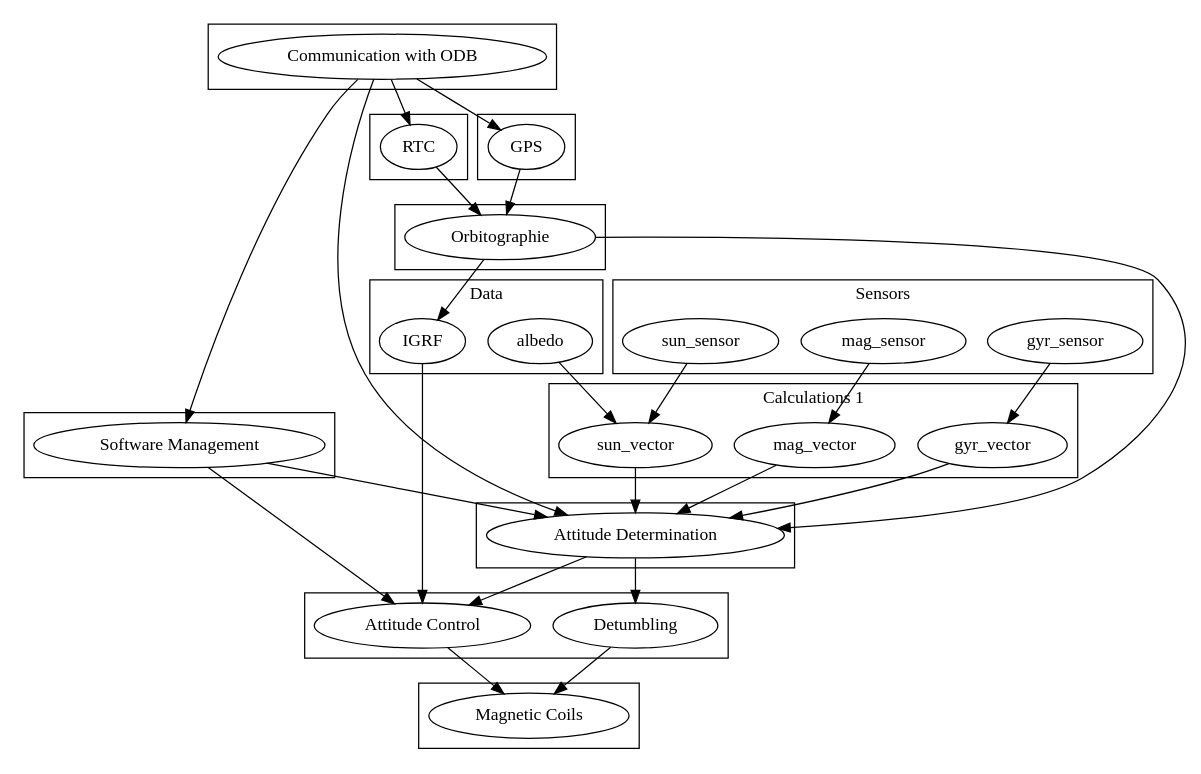
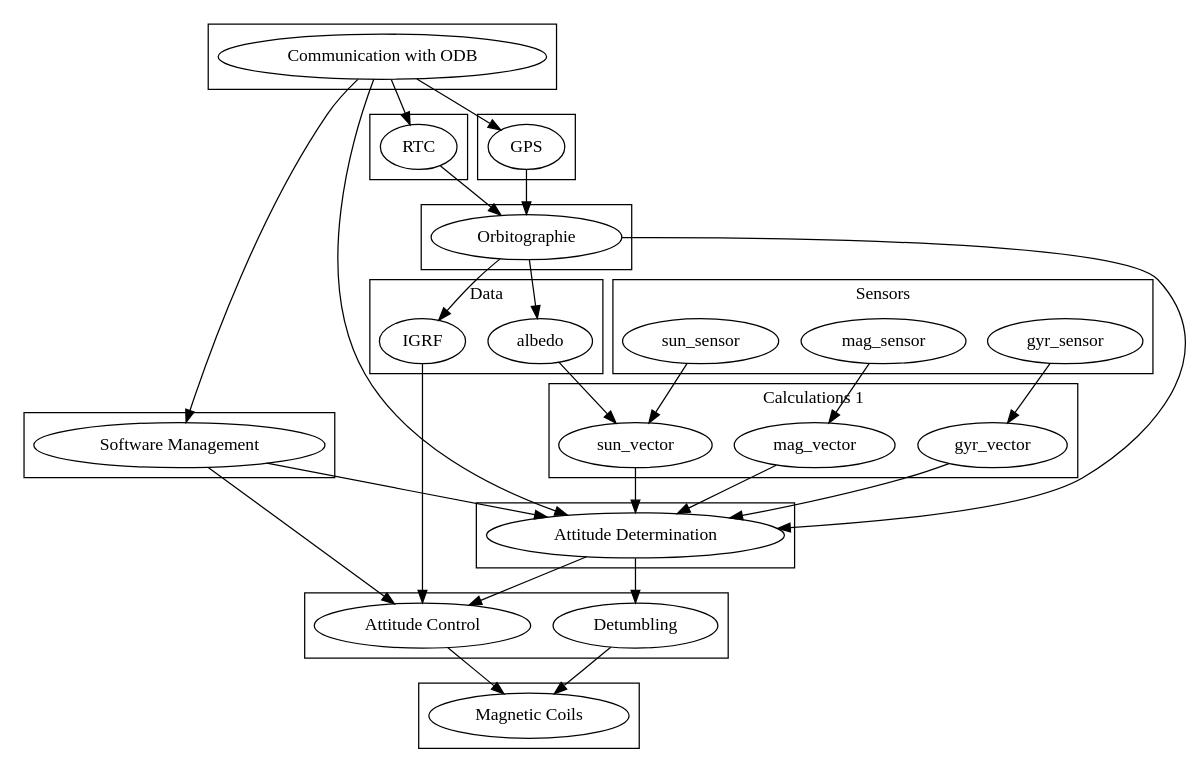
The diagram in Architecture/test.dot (dhruvparamhans/CubeSat), drawn with Graphviz before and after one commit. The commit also changed 1 other file, not shown here.

Commit message:
Added link between OrbitoGraphie and Albedo

```diff
--- a/Architecture/test.dot
+++ b/Architecture/test.dot
@@ -1,106 +1,108 @@
 digraph class_structure{
 
 subgraph cluster_Communication{
 
 comm [label = "Communication with ODB"]; 
 }
 
 subgraph cluster_Orbitographie{
 
 orbito [label = "Orbitographie"];
 }
 
 subgraph cluster_RTC{
 
 rtc [label = "RTC"];
 }
 
 
 subgraph cluster_softmana{
 
 soft_man [label = "Software Management"];
 }
 
 
 subgraph cluster_GPS{
 GPS;
 }
 
 subgraph cluster_data{
 label = "Data";
 IGRF;
 albedo;
 }
 
 subgraph cluster_0{
 label= "Sensors";
 
 gyr_sensor; mag_sensor; sun_sensor; 
 }
 
 subgraph cluster_1{
 label = "Calculations 1";
 
 gyr_vector; mag_vector; sun_vector;
 }
 
 subgraph cluster_2{
 att_det [label ="Attitude Determination"];
 }
 
 subgraph cluster_3{
 det [label = "Detumbling"];
 att_con [label = "Attitude Control"];
 }
 
 subgraph cluster_4{
 
 mag_coils [label = "Magnetic Coils"];
 }
 
 
 sun_sensor -> sun_vector;
 
 GPS -> orbito;
 
 albedo -> sun_vector; 
 
 gyr_sensor ->gyr_vector;
 
 mag_sensor -> mag_vector;
 
 mag_vector ->att_det; 
 
 sun_vector -> att_det;
 
 gyr_vector -> att_det
 
 orbito -> att_det;
 
 att_det -> det;
 
 att_con ->mag_coils;
 
 det -> mag_coils;
 
 IGRF -> att_con;
 
 orbito -> IGRF;
 
 comm -> GPS;
 
 comm -> att_det;
 
 att_det -> att_con;
 
 comm -> soft_man;
 
 soft_man -> att_det;
 
 soft_man -> att_con;
 
 rtc -> orbito;
 
 comm -> rtc;
 
+orbito -> albedo;
+
 }
```
